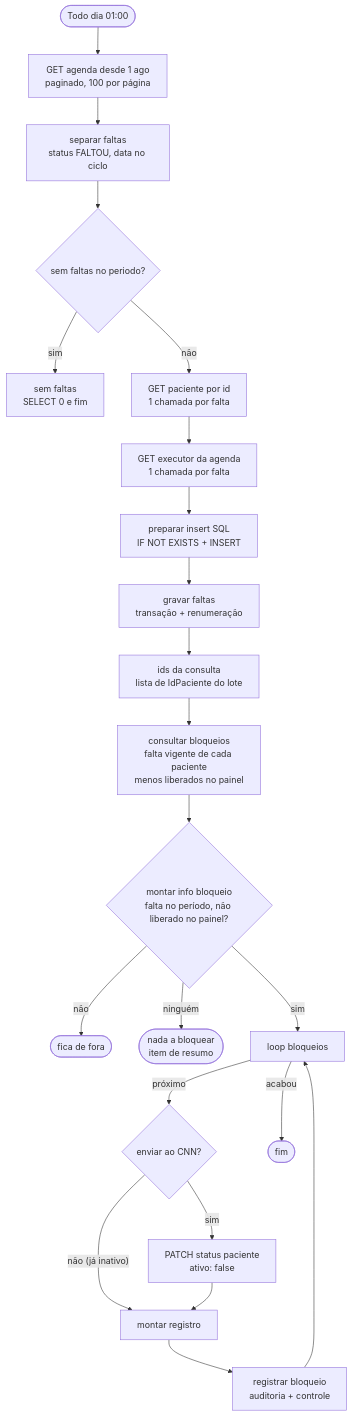
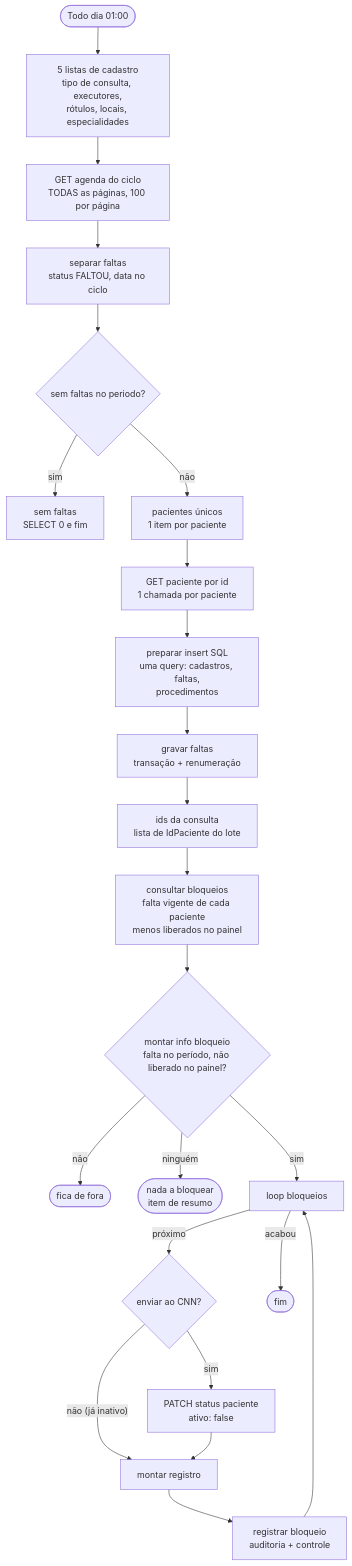
The second of 2 diagrams in docs/bloqueio.md (clariens/painel-integracao-desbloqueio-CNN-web), drawn with Mermaid before and after one commit. The commit also changed other lines of this file and 58 other files, not shown here.

````diff
--- a/docs/bloqueio.md
+++ b/docs/bloqueio.md
@@ -52,24 +52,25 @@
 ```mermaid
 flowchart TD
-    T(["Todo dia 01:00"]) --> A["GET agenda desde 1 ago<br/>paginado, 100 por página"]
+    T(["Todo dia 01:00"]) --> K["5 listas de cadastro<br/>tipo de consulta, executores,<br/>rótulos, locais, especialidades"]
+    K --> A["GET agenda do ciclo<br/>TODAS as páginas, 100 por página"]
     A --> S["separar faltas<br/>status FALTOU, data no ciclo"]
     S --> Q{"sem faltas no periodo?"}
     Q -->|"sim"| Z["sem faltas<br/>SELECT 0 e fim"]
-    Q -->|"não"| P["GET paciente por id<br/>1 chamada por falta"]
-    P --> E["GET executor da agenda<br/>1 chamada por falta"]
-    E --> I["preparar insert SQL<br/>IF NOT EXISTS + INSERT"]
+    Q -->|"não"| U["pacientes únicos<br/>1 item por paciente"]
+    U --> P["GET paciente por id<br/>1 chamada por paciente"]
+    P --> I["preparar insert SQL<br/>uma query: cadastros, faltas,<br/>procedimentos"]
     I --> G["gravar faltas<br/>transação + renumeração"]
     G --> D["ids da consulta<br/>lista de IdPaciente do lote"]
     D --> C["consultar bloqueios<br/>falta vigente de cada paciente<br/>menos liberados no painel"]
     C --> M{"montar info bloqueio<br/>falta no período, não liberado no painel?"}
     M -->|"não"| X(["fica de fora"])
     M -->|"ninguém"| N(["nada a bloquear<br/>item de resumo"])
     M -->|"sim"| L["loop bloqueios"]
     L -->|"próximo"| EC{"enviar ao CNN?"}
     EC -->|"não (já inativo)"| RG
     EC -->|"sim"| H["PATCH status paciente<br/>ativo: false"]
     H --> RG["montar registro"]
     RG --> RB["registrar bloqueio<br/>auditoria + controle"]
     RB --> L
     L -->|"acabou"| F(["fim"])
 ```
````
